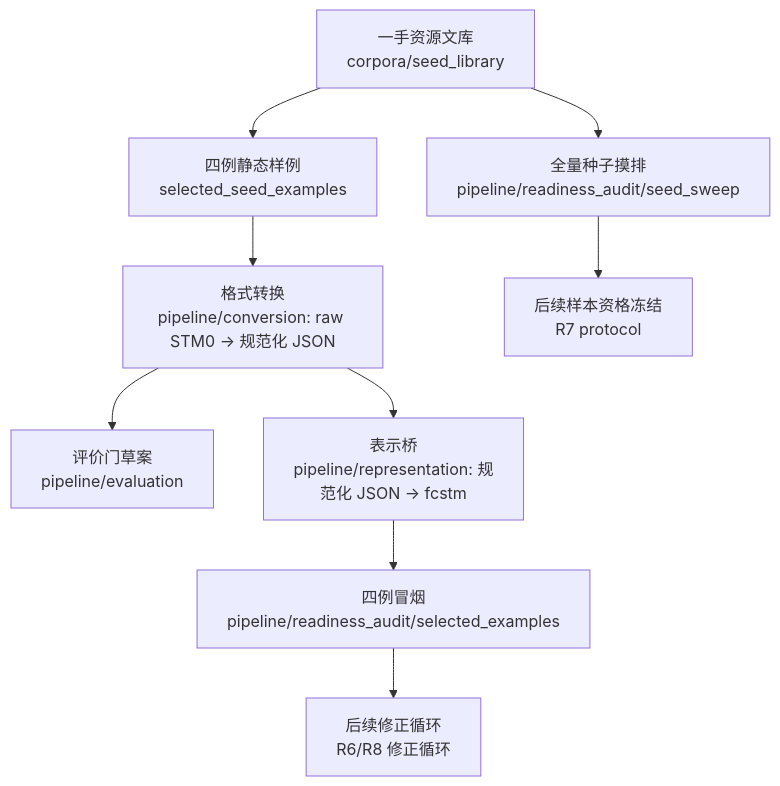
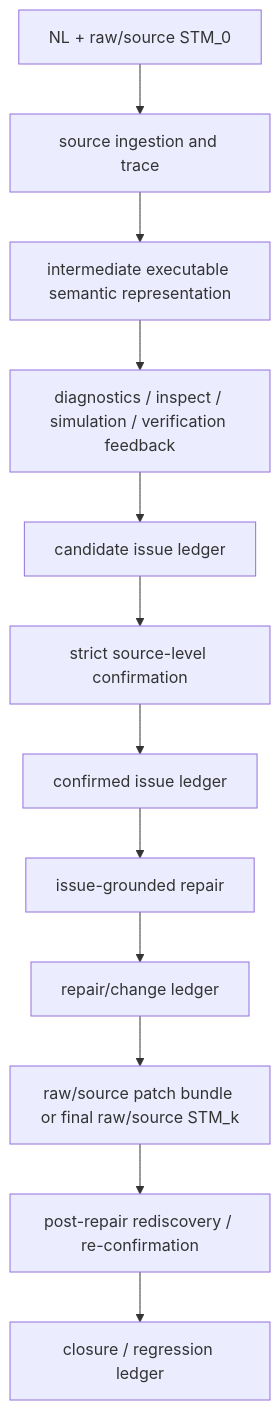
The diagram in project_1_llm_state_machine_modeling/paper_stm_repair/README.md (HansBug/research_ideas), drawn with Mermaid before and after one commit. The commit also changed other lines of this file and 10 other files, not shown here.

````diff
--- a/project_1_llm_state_machine_modeling/paper_stm_repair/README.md
+++ b/project_1_llm_state_machine_modeling/paper_stm_repair/README.md
@@ -39,11 +40,14 @@
 ```mermaid
 flowchart TD
-  A[一手资源文库<br/>corpora/seed_library] --> B[四例静态样例<br/>selected_seed_examples]
-  A --> C[全量种子摸排<br/>pipeline/readiness_audit/seed_sweep]
-  B --> D[格式转换<br/>pipeline/conversion: raw STM0 -> 规范化 JSON]
-  D --> E[评价门草案<br/>pipeline/evaluation]
-  D --> F[表示桥<br/>pipeline/representation: 规范化 JSON -> fcstm]
-  F --> G[四例冒烟<br/>pipeline/readiness_audit/selected_examples]
-  C --> H[后续样本资格冻结<br/>R7 protocol]
-  G --> I[后续修正循环<br/>R6/R8 修正循环]
+  A[NL + raw/source STM_0] --> B[source ingestion and trace]
+  B --> C[intermediate executable semantic representation]
+  C --> D[diagnostics / inspect / simulation / verification feedback]
+  D --> E[candidate issue ledger]
+  E --> F[strict source-level confirmation]
+  F --> G[confirmed issue ledger]
+  G --> H[issue-grounded repair]
+  H --> I[repair/change ledger]
+  I --> J[raw/source patch bundle or final raw/source STM_k]
+  J --> K[post-repair rediscovery / re-confirmation]
+  K --> L[closure / regression ledger]
 ```
````
